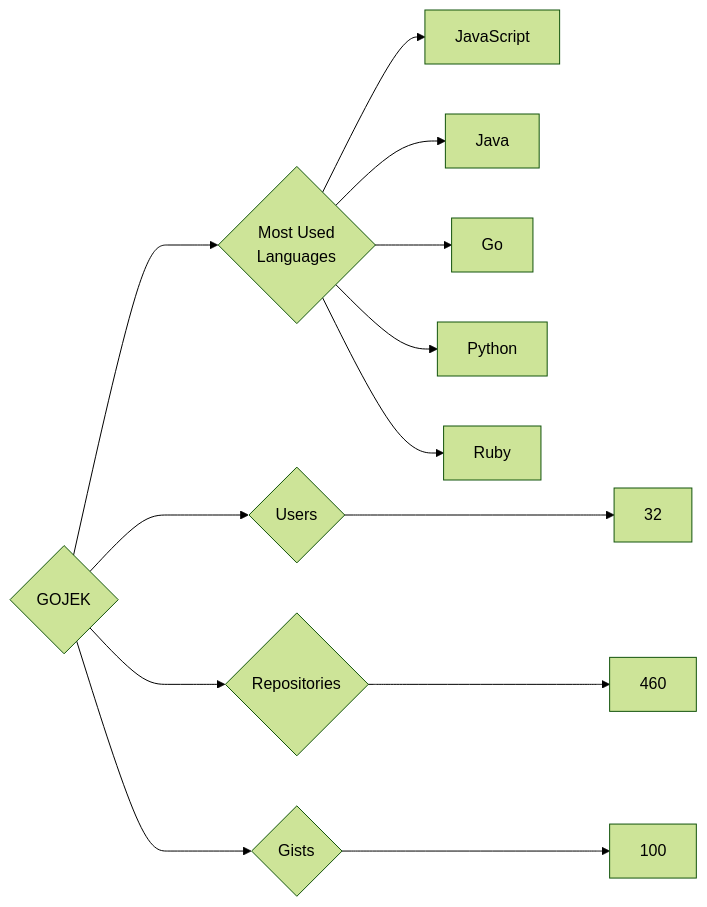
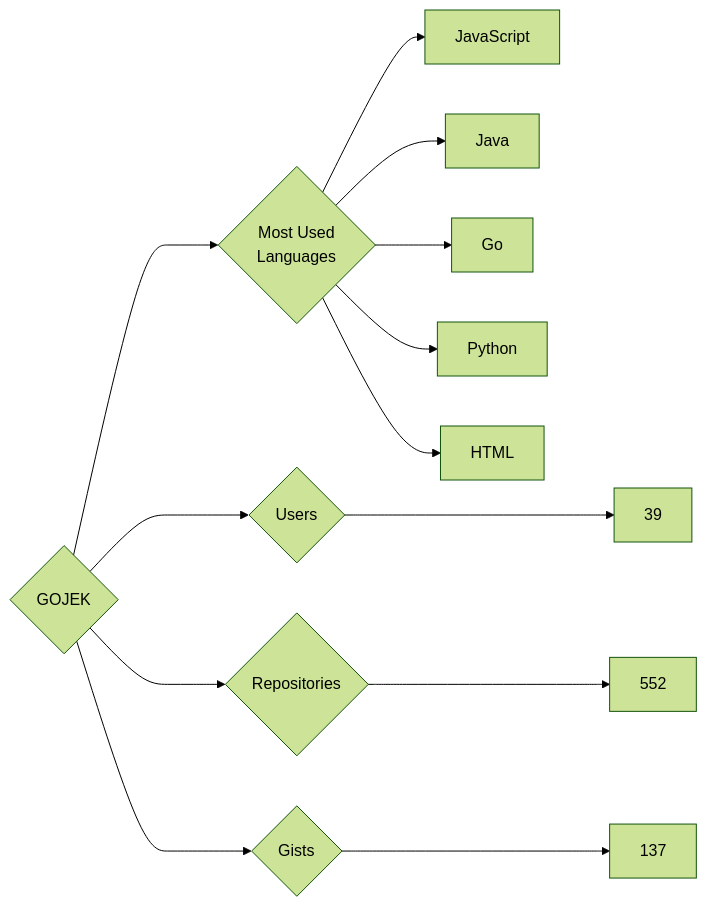
The diagram in targets/GOJEK/README.md (trickest/insiders), drawn with Mermaid (forest theme) before and after one commit. The commit also changed 894 other files, not shown here.

````diff
--- a/targets/GOJEK/README.md
+++ b/targets/GOJEK/README.md
@@ -3,13 +3,13 @@
 ```mermaid
 graph LR
 COMPANY_NAME{GOJEK}
-COMPANY_NAME ---> U{Users} ---> UN[32]
-COMPANY_NAME ---> R{Repositories} ---> RN[460]
-COMPANY_NAME ---> G{Gists} ---> GN[100]
+COMPANY_NAME ---> U{Users} ---> UN[39]
+COMPANY_NAME ---> R{Repositories} ---> RN[552]
+COMPANY_NAME ---> G{Gists} ---> GN[137]
 COMPANY_NAME ---> ML{Most Used<br>Languages}
 ML --> JavaScript[JavaScript]
 ML --> Java[Java]
 ML --> Go[Go]
 ML --> Python[Python]
-ML --> Ruby[Ruby]
+ML --> HTML[HTML]
 ```
````
